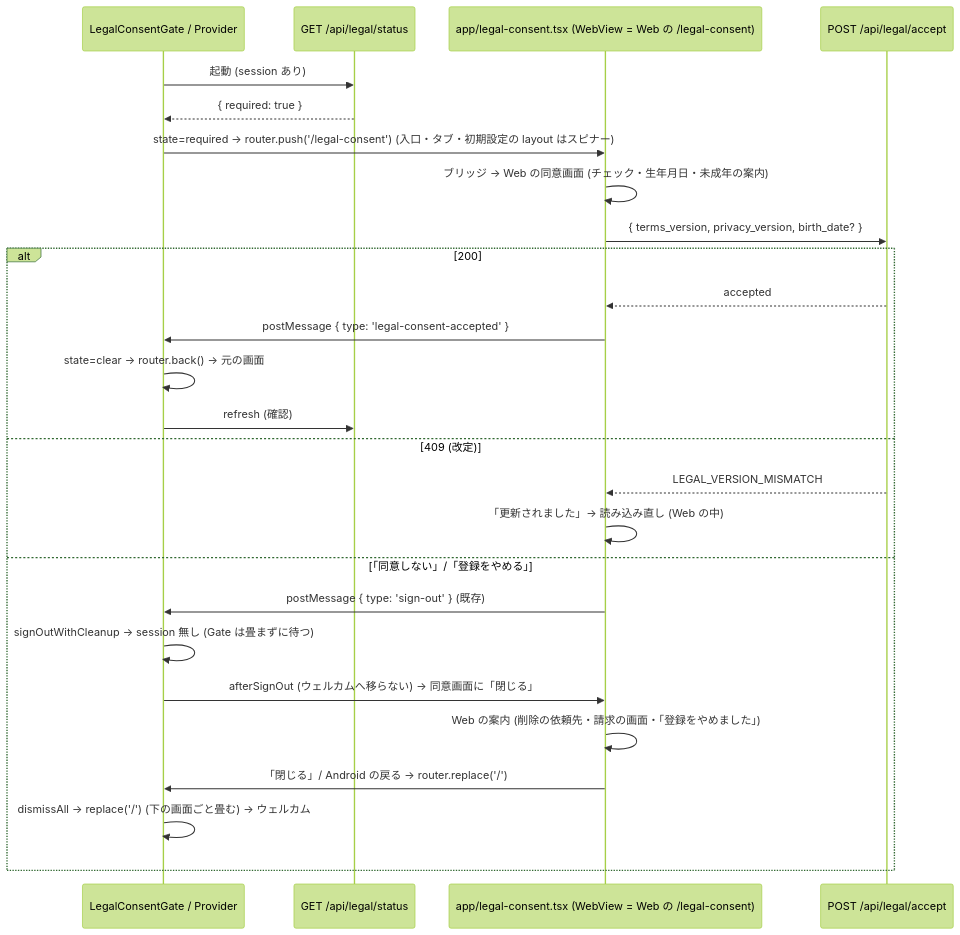
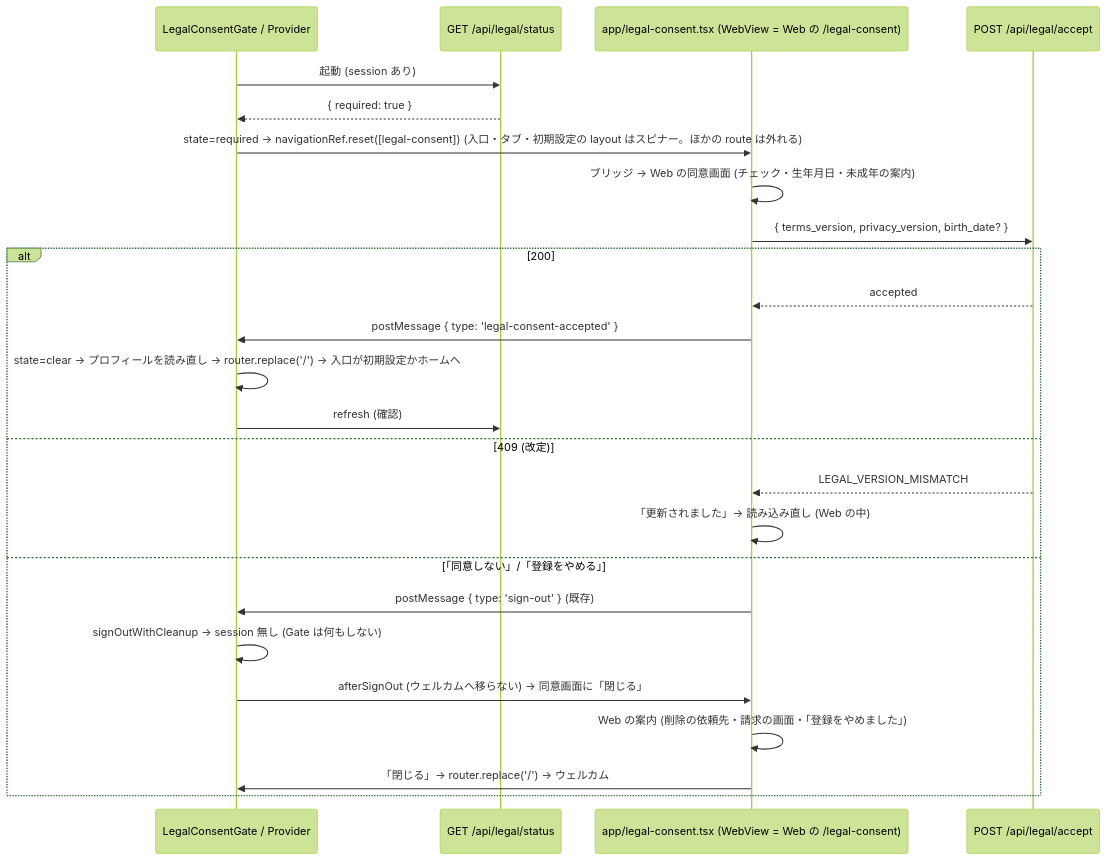
Before and after one commit to DaisukeHori/homegohan-app: the diagram in docs/design/cross/13b-legal-consent-mobile.md, drawn with Mermaid (forest theme). The commit also changed other lines of this file, not shown here.

````diff
--- a/docs/design/cross/13b-legal-consent-mobile.md
+++ b/docs/design/cross/13b-legal-consent-mobile.md
@@ -1509,28 +1300,27 @@
 ```mermaid
 sequenceDiagram
     participant G as LegalConsentGate / Provider
     participant S as GET /api/legal/status
     participant W as app/legal-consent.tsx (WebView = Web の /legal-consent)
     participant P as POST /api/legal/accept
     G->>S: 起動 (session あり)
     S-->>G: { required: true }
-    G->>W: state=required → router.push('/legal-consent') (入口・タブ・初期設定の layout はスピナー)
+    G->>W: state=required → navigationRef.reset([legal-consent]) (入口・タブ・初期設定の layout はスピナー。ほかの route は外れる)
     W->>W: ブリッジ → Web の同意画面 (チェック・生年月日・未成年の案内)
     W->>P: { terms_version, privacy_version, birth_date? }
     alt 200
         P-->>W: accepted
         W->>G: postMessage { type: 'legal-consent-accepted' }
-        G->>G: state=clear → router.back() → 元の画面
+        G->>G: state=clear → プロフィールを読み直し → router.replace('/') → 入口が初期設定かホームへ
         G->>S: refresh (確認)
     else 409 (改定)
         P-->>W: LEGAL_VERSION_MISMATCH
         W->>W: 「更新されました」→ 読み込み直し (Web の中)
     else 「同意しない」/「登録をやめる」
         W->>G: postMessage { type: 'sign-out' } (既存)
-        G->>G: signOutWithCleanup → session 無し (Gate は畳まずに待つ)
+        G->>G: signOutWithCleanup → session 無し (Gate は何もしない)
         G->>W: afterSignOut (ウェルカムへ移らない) → 同意画面に「閉じる」
         W->>W: Web の案内 (削除の依頼先・請求の画面・「登録をやめました」)
-        W->>G: 「閉じる」/ Android の戻る → router.replace('/')
-        G->>G: dismissAll → replace('/') (下の画面ごと畳む) → ウェルカム
+        W->>G: 「閉じる」→ router.replace('/') → ウェルカム
     end
 ```
````
